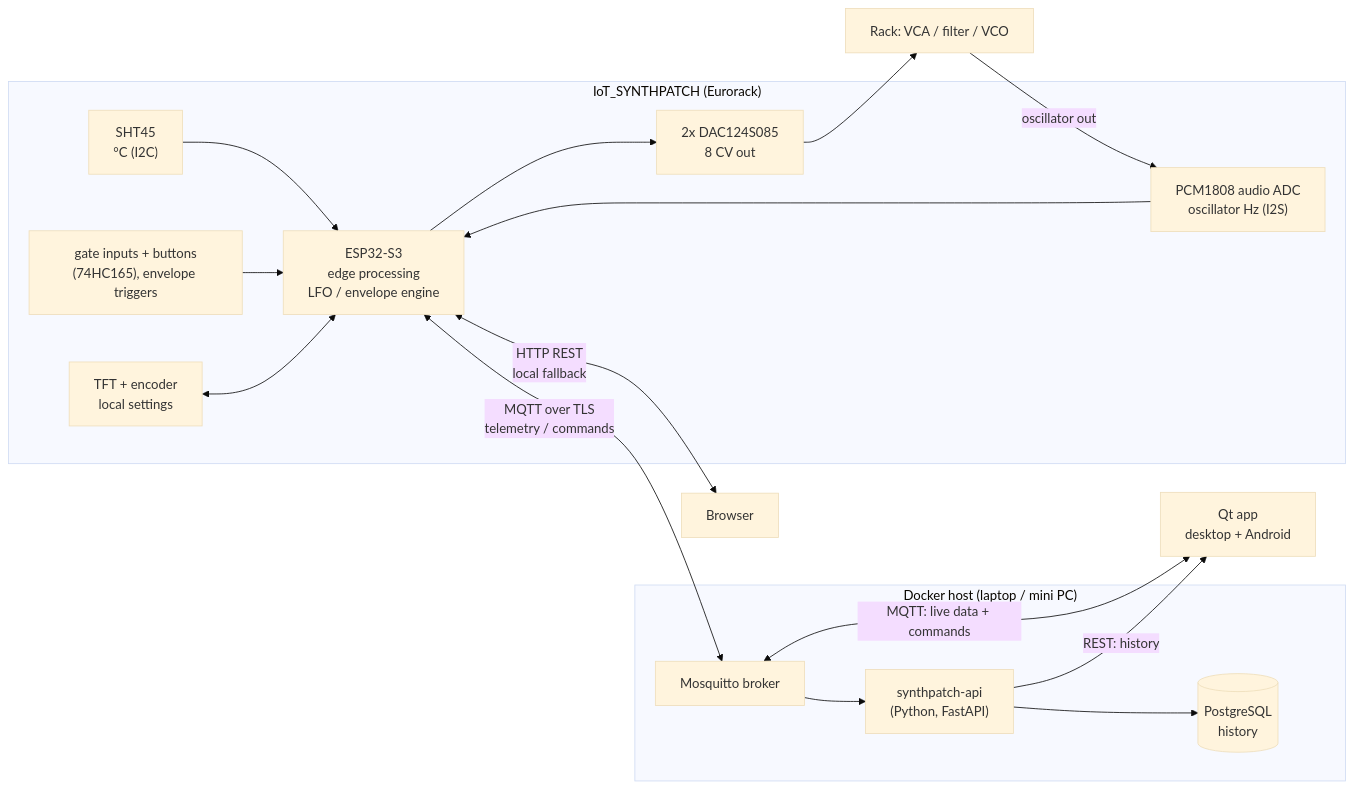
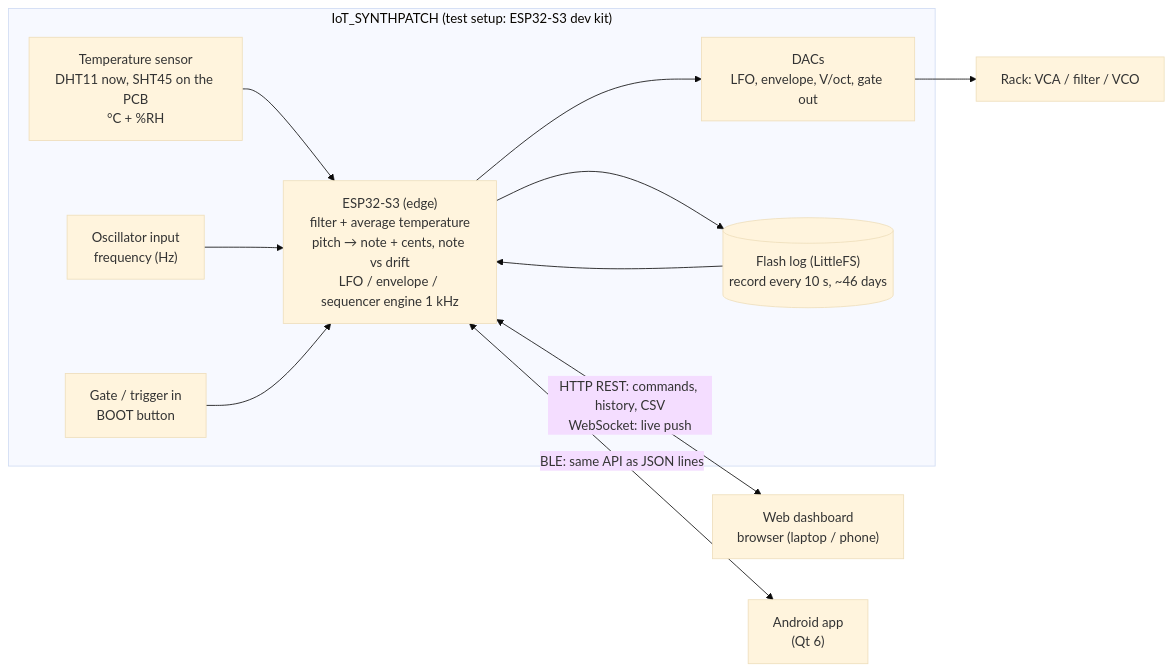
The diagram in docs/iot-project-plan.md (jmartens90/IoT_SynthPatch), drawn with Mermaid (base theme) before and after one commit. The commit also changed other lines of this file and 4 other files, not shown here.

First line of the commit message:
Docs for the interim evaluation: problem statement without MQTT/DB, current test setup, wiring diagram, PCB plan

````diff
--- a/docs/iot-project-plan.md
+++ b/docs/iot-project-plan.md
@@ -25,20 +29,15 @@
 ```mermaid
 flowchart LR
-  subgraph Module["IoT_SYNTHPATCH (Eurorack)"]
-    SHT45["SHT45<br/>°C (I2C)"] --> ESP
-    ADC["PCM1808 audio ADC<br/>oscillator Hz (I2S)"] --> ESP
-    GATES["gate inputs + buttons<br/>(74HC165), envelope triggers"] --> ESP
-    ENC["TFT + encoder<br/>local settings"] <--> ESP
-    ESP["ESP32-S3<br/>edge processing<br/>LFO / envelope engine"] --> DACS["2x DAC124S085<br/>8 CV out"]
+  subgraph Module["IoT_SYNTHPATCH (test setup: ESP32-S3 dev kit)"]
+    TEMP["Temperature sensor<br/>DHT11 now, SHT45 on the PCB<br/>°C + %RH"] --> ESP
+    FREQ["Oscillator input<br/>frequency (Hz)"] --> ESP
+    TRIG["Gate / trigger in<br/>BOOT button"] --> ESP
+    ESP["ESP32-S3 (edge)<br/>filter + average temperature<br/>pitch → note + cents, note vs drift<br/>LFO / envelope / sequencer engine 1 kHz"]
+    ESP --> DAC["DACs<br/>LFO, envelope, V/oct, gate out"]
+    ESP --> LOG[("Flash log (LittleFS)<br/>record every 10 s, ~46 days")]
+    LOG --> ESP
   end
-  ESP <-- "MQTT over TLS<br/>telemetry / commands" --> MQ["Mosquitto broker"]
-  ESP <-- "HTTP REST<br/>local fallback" --> Browser["Browser"]
-  subgraph Server["Docker host (laptop / mini PC)"]
-    MQ --> API["synthpatch-api<br/>(Python, FastAPI)"]
-    API --> DB[("PostgreSQL<br/>history")]
-  end
-  MQ <-- "MQTT: live data + commands" --> APP["Qt app<br/>desktop + Android"]
-  API -- "REST: history" --> APP
-  DACS --> VCO["Rack: VCA / filter / VCO"]
-  VCO -- "oscillator out" --> ADC
+  ESP <-- "HTTP REST: commands, history, CSV<br/>WebSocket: live push" --> WEB["Web dashboard<br/>browser (laptop / phone)"]
+  ESP <-- "BLE: same API as JSON lines" --> APP["Android app<br/>(Qt 6)"]
+  DAC --> RACK["Rack: VCA / filter / VCO"]
 ```
````
